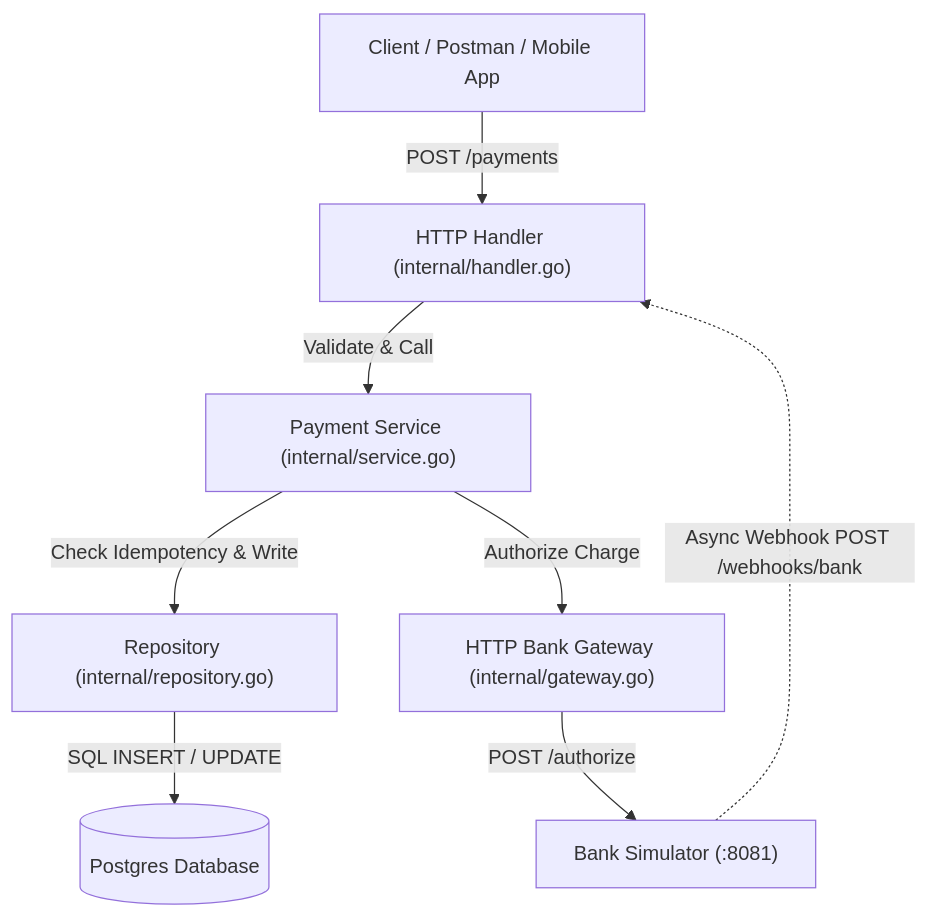
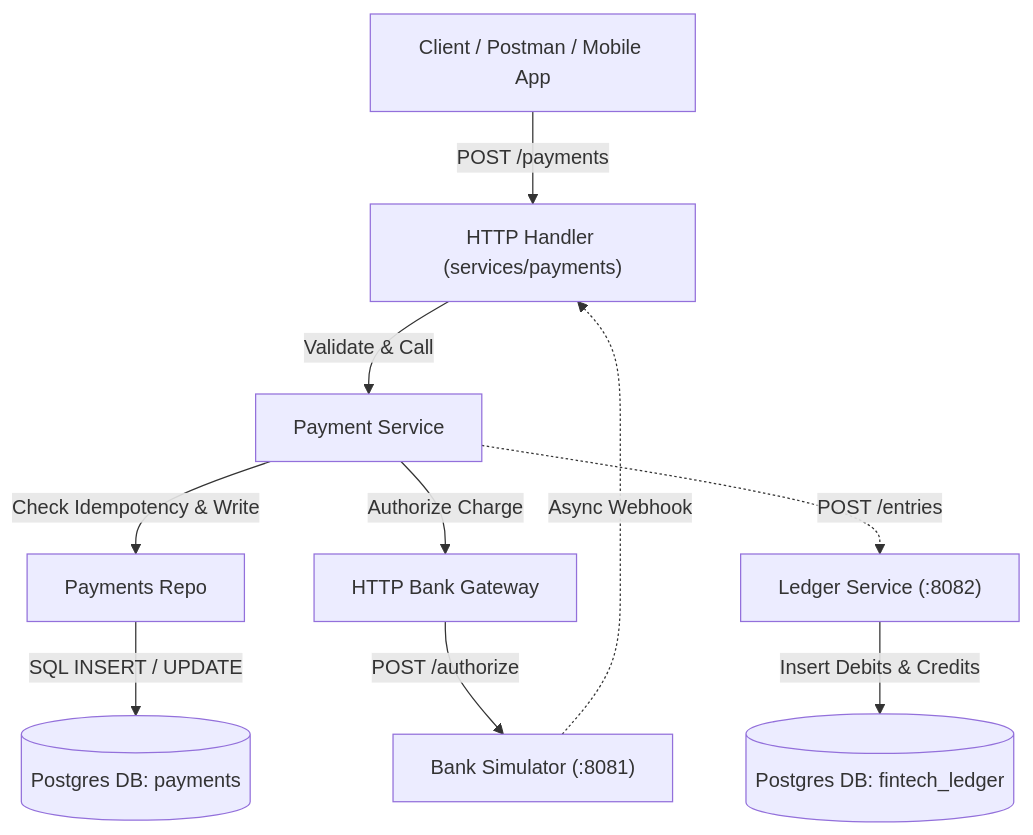
Before and after one commit to Godspowerj/financial-infrastructure: the diagram in README.md, drawn with Mermaid. The commit also changed other lines of this file and 9 other files, not shown here.

Commit message:
feat(payments): add unit tests for payment state machine and refactor mock bank gateway

````diff
--- a/README.md
+++ b/README.md
@@ -9,10 +9,12 @@
 ```mermaid
 graph TD
-    Client["Client / Postman / Mobile App"] -->|"POST /payments"| Handler["HTTP Handler (internal/handler.go)"]
-    Handler -->|"Validate & Call"| Service["Payment Service (internal/service.go)"]
-    Service -->|"Check Idempotency & Write"| Repo["Repository (internal/repository.go)"]
-    Repo -->|"SQL INSERT / UPDATE"| Postgres[(Postgres Database)]
-    Service -->|"Authorize Charge"| Gateway["HTTP Bank Gateway (internal/gateway.go)"]
+    Client["Client / Postman / Mobile App"] -->|"POST /payments"| Handler["HTTP Handler (services/payments)"]
+    Handler -->|"Validate & Call"| Service["Payment Service"]
+    Service -->|"Check Idempotency & Write"| Repo["Payments Repo"]
+    Repo -->|"SQL INSERT / UPDATE"| Postgres[(Postgres DB: payments)]
+    Service -->|"Authorize Charge"| Gateway["HTTP Bank Gateway"]
     Gateway -->|"POST /authorize"| BankSim["Bank Simulator (:8081)"]
-    BankSim -.->|"Async Webhook POST /webhooks/bank"| Handler
+    BankSim -.->|"Async Webhook"| Handler
+    Service -.->|"POST /entries"| Ledger["Ledger Service (:8082)"]
+    Ledger -->|"Insert Debits & Credits"| LedgerDB[(Postgres DB: fintech_ledger)]
 ```
````
